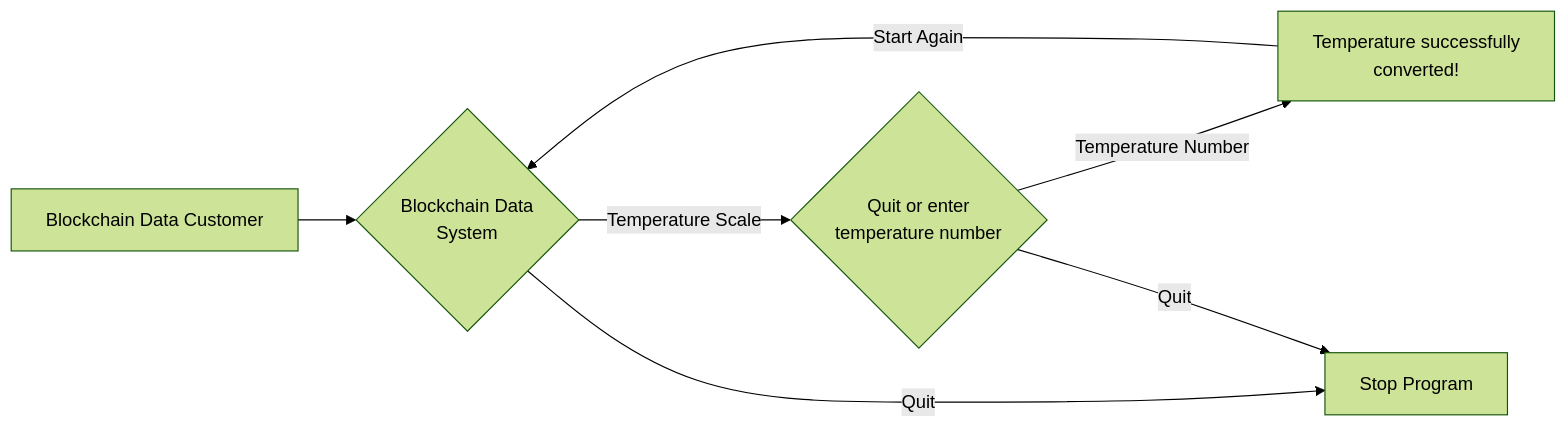
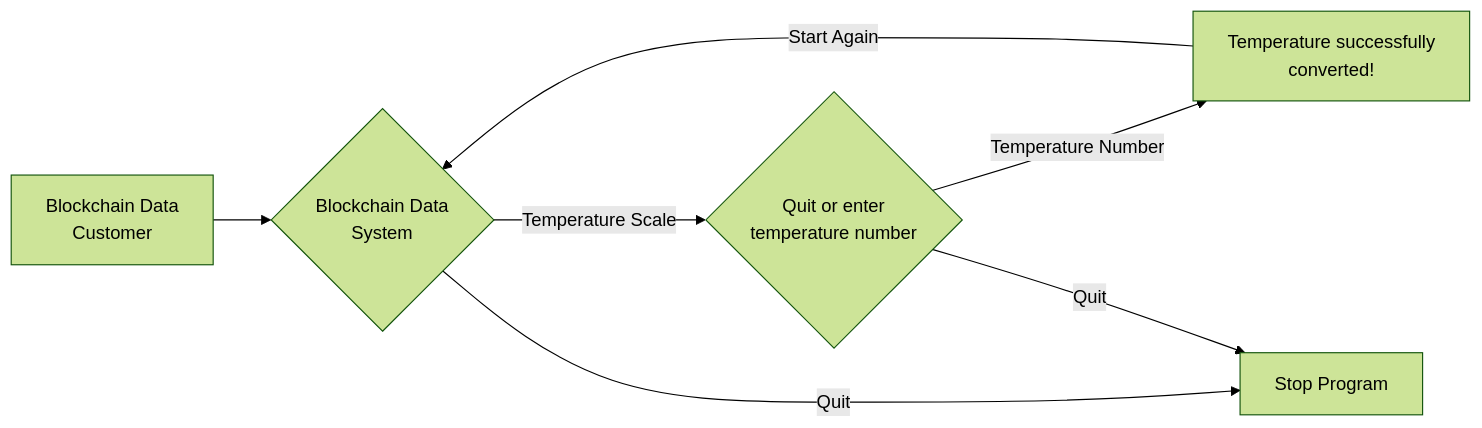
Before and after one commit to patmcfarland/one: the diagram in README.md, drawn with Mermaid (forest theme).

````diff
--- a/README.md
+++ b/README.md
@@ -1,9 +1,9 @@
 ```mermaid
 flowchart LR
-A[Blockchain Data Customer] -->B{Blockchain Data<br>System}
+A[Blockchain Data<br>Customer] -->B{Blockchain Data<br>System}
 B -- Temperature Scale --> C{Quit or enter<br>temperature number} 
 C -- Temperature Number --> D[Temperature successfully<br>converted!] 
 D -- Start Again -->B
 B -- Quit --> E[Stop Program]
 C -- Quit --> E
 ```
````
